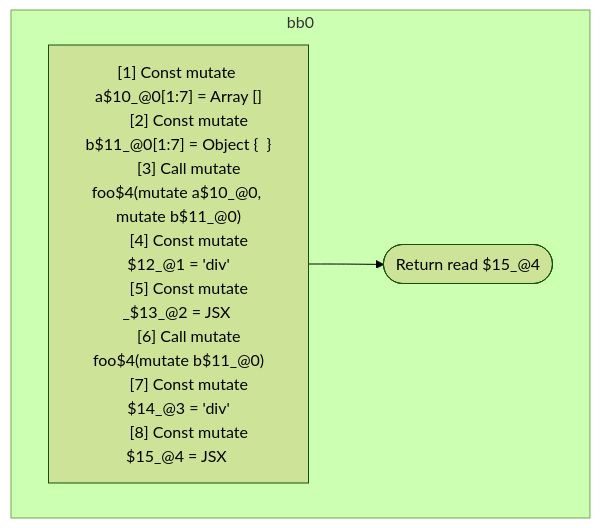
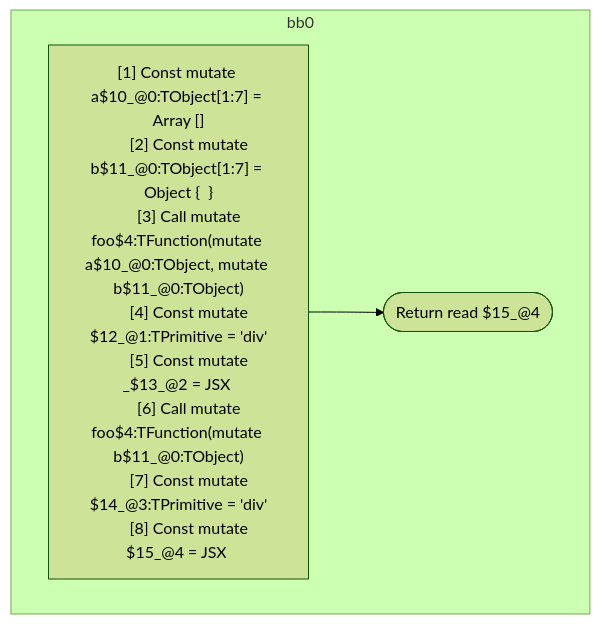
Before and after one commit to wutsmog/private: the second of 2 diagrams in compiler/forget/src/__tests__/fixtures/hir/call.expect.md, drawn with Mermaid (forest theme). The commit also changed other lines of this file and 112 other files, not shown here.

````diff
--- a/compiler/forget/src/__tests__/fixtures/hir/call.expect.md
+++ b/compiler/forget/src/__tests__/fixtures/hir/call.expect.md
@@ -103,20 +103,20 @@
 ```mermaid
 flowchart TB
   %% Basic Blocks
   subgraph bb0
     bb0_instrs["
-      [1] Const mutate a$10_@0[1:7] = Array []
-      [2] Const mutate b$11_@0[1:7] = Object {  }
-      [3] Call mutate foo$4(mutate a$10_@0, mutate b$11_@0)
-      [4] Const mutate $12_@1 = 'div'
-      [5] Const mutate _$13_@2 = JSX <read $12_@1 a={freeze a$10_@0} ></read $12_@1>
-      [6] Call mutate foo$4(mutate b$11_@0)
-      [7] Const mutate $14_@3 = 'div'
-      [8] Const mutate $15_@4 = JSX <read $14_@3 a={read a$10_@0} b={freeze b$11_@0} ></read $14_@3>
+      [1] Const mutate a$10_@0:TObject[1:7] = Array []
+      [2] Const mutate b$11_@0:TObject[1:7] = Object {  }
+      [3] Call mutate foo$4:TFunction(mutate a$10_@0:TObject, mutate b$11_@0:TObject)
+      [4] Const mutate $12_@1:TPrimitive = 'div'
+      [5] Const mutate _$13_@2 = JSX <read $12_@1:TPrimitive a={freeze a$10_@0:TObject} ></read $12_@1:TPrimitive>
+      [6] Call mutate foo$4:TFunction(mutate b$11_@0:TObject)
+      [7] Const mutate $14_@3:TPrimitive = 'div'
+      [8] Const mutate $15_@4 = JSX <read $14_@3:TPrimitive a={read a$10_@0:TObject} b={freeze b$11_@0:TObject} ></read $14_@3:TPrimitive>
     "]
     bb0_instrs --> bb0_terminal(["Return read $15_@4"])
   end
 
   %% Jumps
   %% empty
 ```
````
